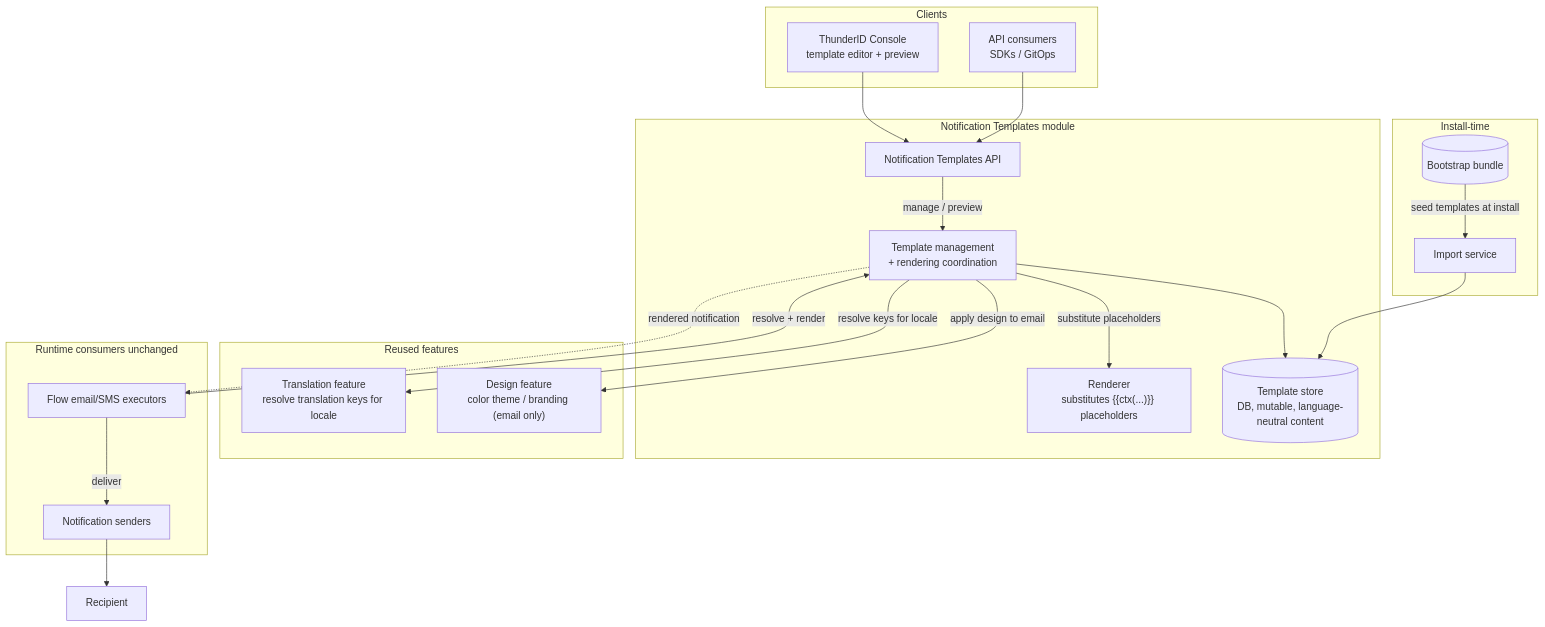
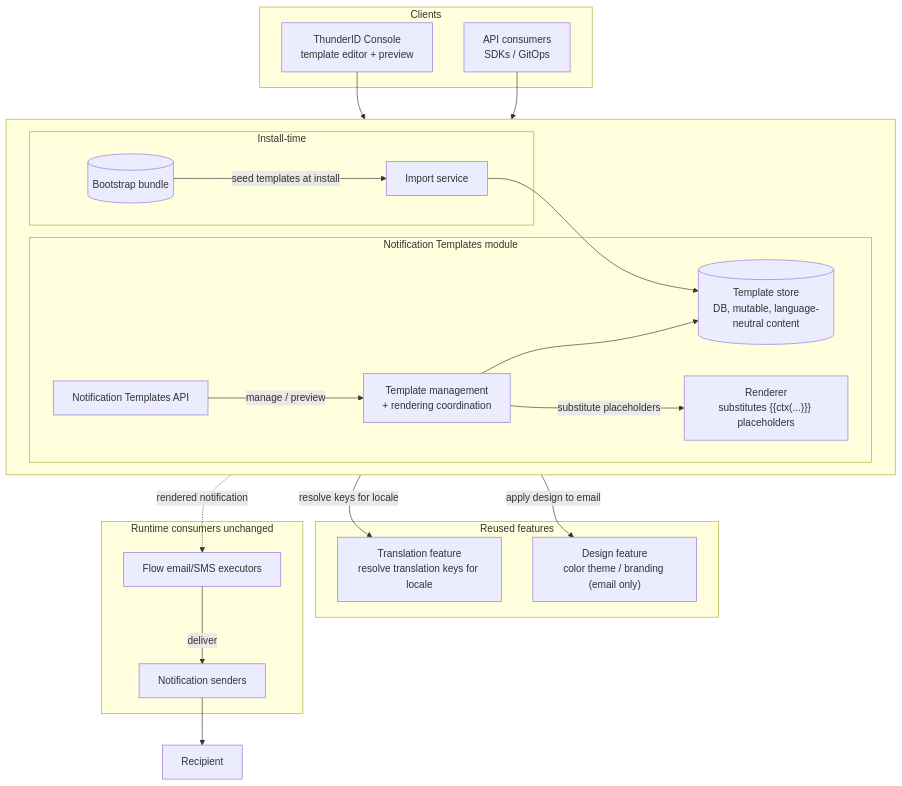
The diagram in docs-internals/notification-templates/spec.md (Thisara-Welmilla/thunderid), drawn with Mermaid before and after one commit. The commit also changed other lines of this file, not shown here.

Commit message:
Detail the template data model, UUID identity, and name uniqueness

````diff
--- a/docs-internals/notification-templates/spec.md
+++ b/docs-internals/notification-templates/spec.md
@@ -25,42 +25,48 @@
 ```mermaid
 flowchart TB
     subgraph clients [Clients]
         Console["ThunderID Console<br/>template editor + preview"]
         ApiClient["API consumers<br/>SDKs / GitOps"]
     end
 
-    subgraph nt [Notification Templates module]
-        API["Notification Templates API"]
-        MgmtSvc["Template management<br/>+ rendering coordination"]
-        Renderer["Renderer<br/>substitutes {{ctx(...)}} placeholders"]
-        Store[("Template store<br/>DB, mutable, language-neutral content")]
-    end
+    subgraph core [ ]
+        direction LR
+        subgraph nt [Notification Templates module]
+            API["Notification Templates API"]
+            MgmtSvc["Template management<br/>+ rendering coordination"]
+            Renderer["Renderer<br/>substitutes {{ctx(...)}} placeholders"]
+            Store[("Template store<br/>DB, mutable, language-neutral content")]
+        end
 
-    subgraph install [Install-time]
-        Bootstrap[("Bootstrap bundle")]
-        Importer["Import service"]
+        subgraph install [Install-time]
+            Bootstrap[("Bootstrap bundle")]
+            Importer["Import service"]
+        end
     end
 
     subgraph reused [Reused features]
         Translation["Translation feature<br/>resolve translation keys for locale"]
         Design["Design feature<br/>color theme / branding (email only)"]
     end
 
     subgraph consumers [Runtime consumers unchanged]
         Flow["Flow email/SMS executors"]
         Sender["Notification senders"]
     end
     Recipient["Recipient"]
 
     Console --> API
     ApiClient --> API
     API -->|manage / preview| MgmtSvc
-    Flow -->|resolve + render| MgmtSvc
     MgmtSvc --> Store
     Bootstrap -->|seed templates at install| Importer --> Store
     MgmtSvc -->|resolve keys for locale| Translation
     MgmtSvc -->|apply design to email| Design
     MgmtSvc -->|substitute placeholders| Renderer
     MgmtSvc -. rendered notification .-> Flow
     Flow -->|deliver| Sender --> Recipient
+
+    Store ~~~ Translation
+    Renderer ~~~ Design
+    nt ~~~ reused
 ```
````
